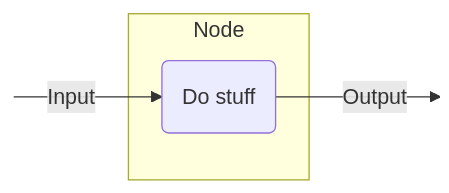
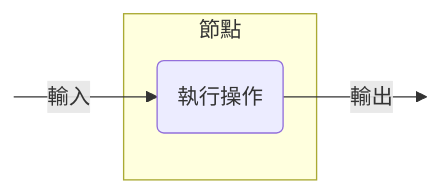
Before and after one commit to BinaryTape/Open-Docs: the first of 15 diagrams in docs/zh-Hant/koog/nodes-and-components.md, drawn with Mermaid. The commit also changed other lines of this file and 457 other files, not shown here.

````diff
--- a/docs/zh-Hant/koog/nodes-and-components.md
+++ b/docs/zh-Hant/koog/nodes-and-components.md
@@ -10,13 +10,13 @@
 ```mermaid
 graph LR
     in:::hidden
     out:::hidden
     
-    subgraph node ["Node"]
-        execute(Do stuff)
+    subgraph node ["節點"]
+        execute(執行操作)
     end
     
-    in --Input--> execute --Output--> out
+    in --輸入--> execute --輸出--> out
 
     classDef hidden display: none;
 ```
````
